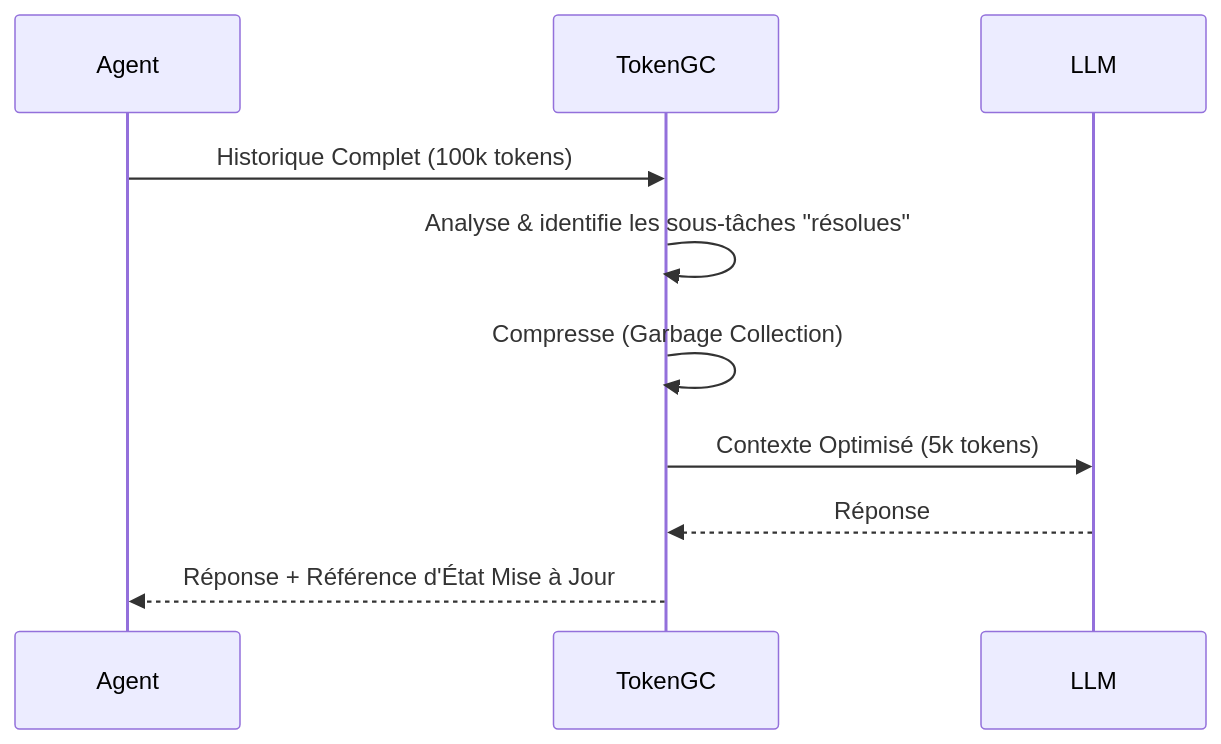
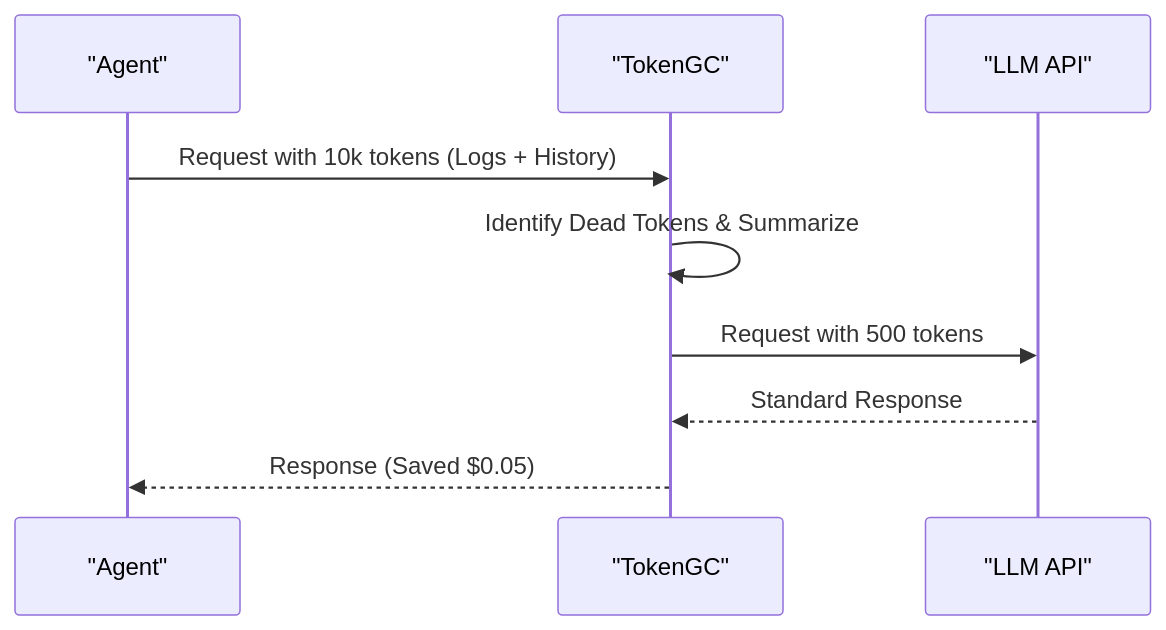
The second of 2 diagrams in ideas/token-gc/README.fr.md (flouzzy/top-100-ai-startup-ideas), drawn with Mermaid before and after one commit. The commit also changed other lines of this file and 41 other files, not shown here.

````diff
--- a/ideas/token-gc/README.fr.md
+++ b/ideas/token-gc/README.fr.md
@@ -40,12 +41,11 @@
 ```mermaid
 sequenceDiagram
-    participant Agent
-    participant TokenGC
-    participant LLM
-    Agent->>TokenGC: Historique Complet (100k tokens)
-    TokenGC->>TokenGC: Analyse & identifie les sous-tâches "résolues"
-    TokenGC->>TokenGC: Compresse (Garbage Collection)
-    TokenGC->>LLM: Contexte Optimisé (5k tokens)
-    LLM-->>TokenGC: Réponse
-    TokenGC-->>Agent: Réponse + Référence d'État Mise à Jour
+    participant Ag as "Agent"
+    participant GC as "TokenGC"
+    participant API as "LLM API"
+    Ag->>GC: Request with 10k tokens (Logs + History)
+    GC->>GC: Identify Dead Tokens & Summarize
+    GC->>API: Request with 500 tokens
+    API-->>GC: Standard Response
+    GC-->>Ag: Response (Saved $0.05)
 ```
````
